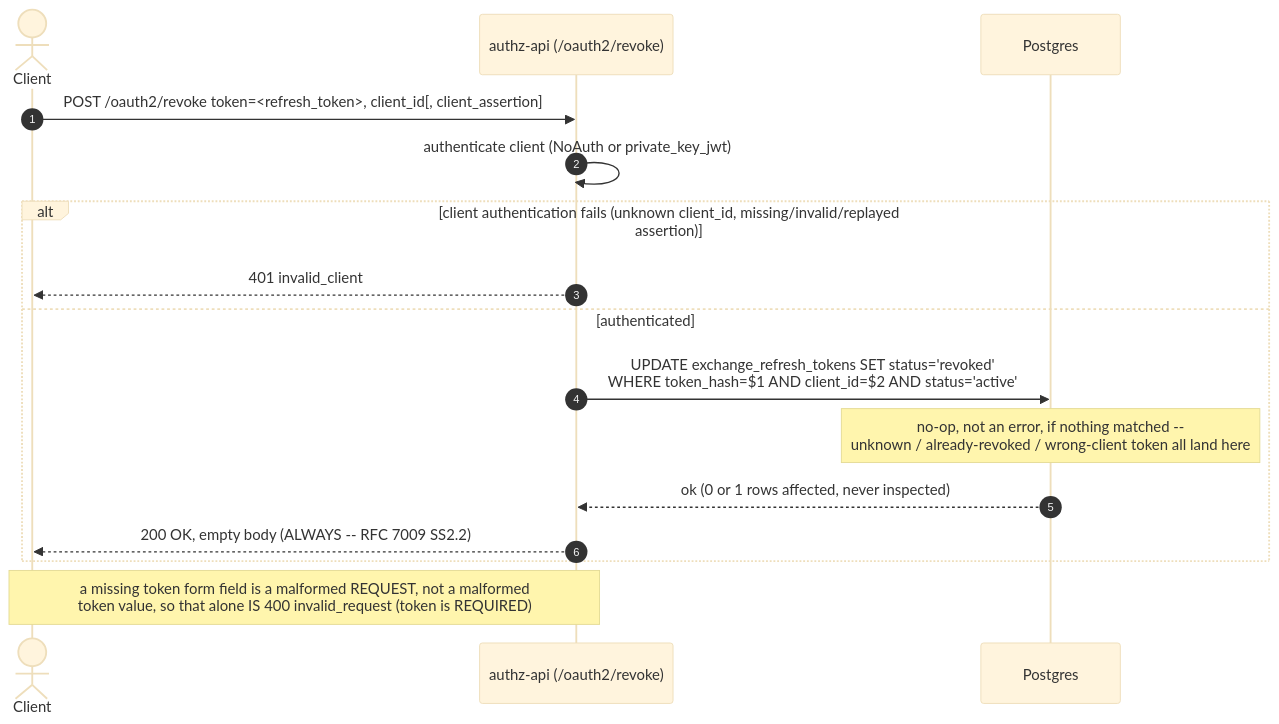
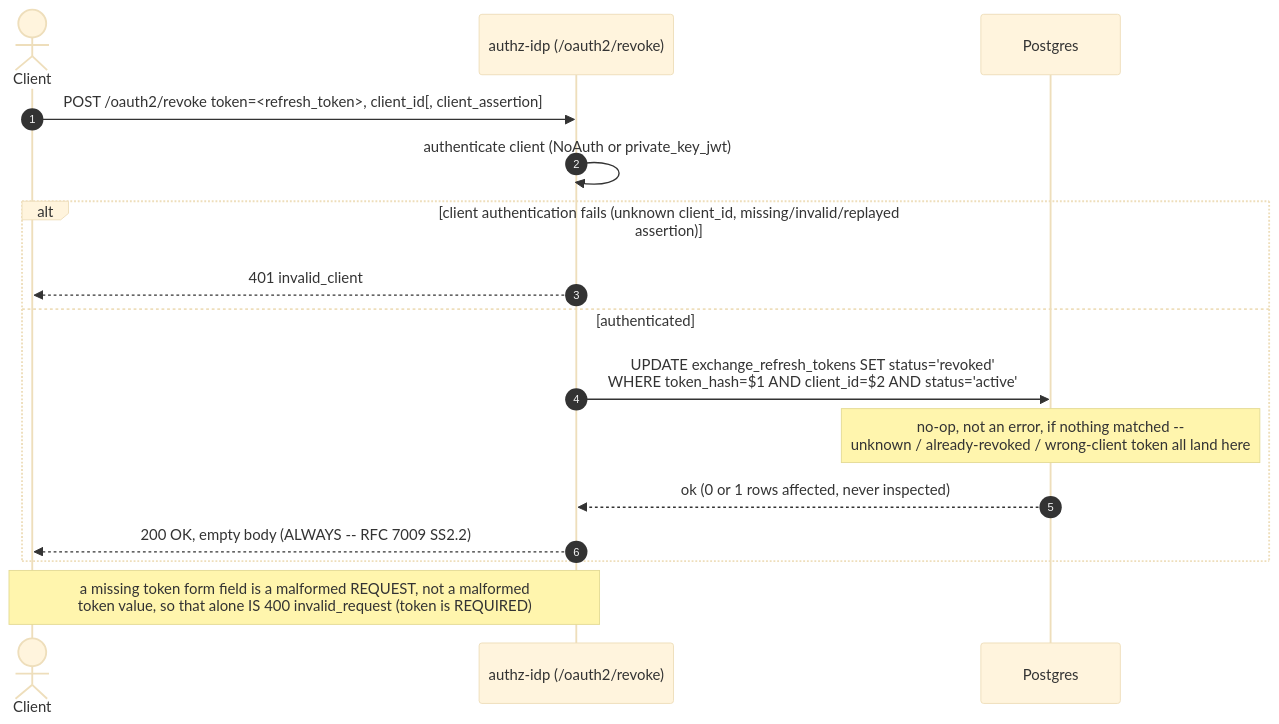
The fifth of 7 diagrams in docs/architecture/auth-flows.md (ADORSYS-GIS/lightbridge-authz), drawn with Mermaid (base theme) before and after one commit. The commit also changed other lines of this file and 5 other files, not shown here.

Commit message:
docs(oauth2): add standards gap and delivery roadmap

````diff
--- a/docs/architecture/auth-flows.md
+++ b/docs/architecture/auth-flows.md
@@ -355,21 +352,21 @@
 ```mermaid
 sequenceDiagram
     autonumber
     actor Client
-    participant API as authz-api (/oauth2/revoke)
+    participant API as authz-idp (/oauth2/revoke)
     participant DB as Postgres
 
     Client->>API: POST /oauth2/revoke token=<refresh_token>, client_id[, client_assertion]
     API->>API: authenticate client (NoAuth or private_key_jwt)
 
     alt client authentication fails (unknown client_id, missing/invalid/replayed assertion)
         API-->>Client: 401 invalid_client
     else authenticated
         API->>DB: UPDATE exchange_refresh_tokens SET status='revoked'<br/>WHERE token_hash=$1 AND client_id=$2 AND status='active'
         Note over DB: no-op, not an error, if nothing matched --<br/>unknown / already-revoked / wrong-client token all land here
         DB-->>API: ok (0 or 1 rows affected, never inspected)
         API-->>Client: 200 OK, empty body (ALWAYS -- RFC 7009 SS2.2)
     end
 
     Note over Client,API: a missing token form field is a malformed REQUEST, not a malformed<br/>token value, so that alone IS 400 invalid_request (token is REQUIRED)
 ```
````
